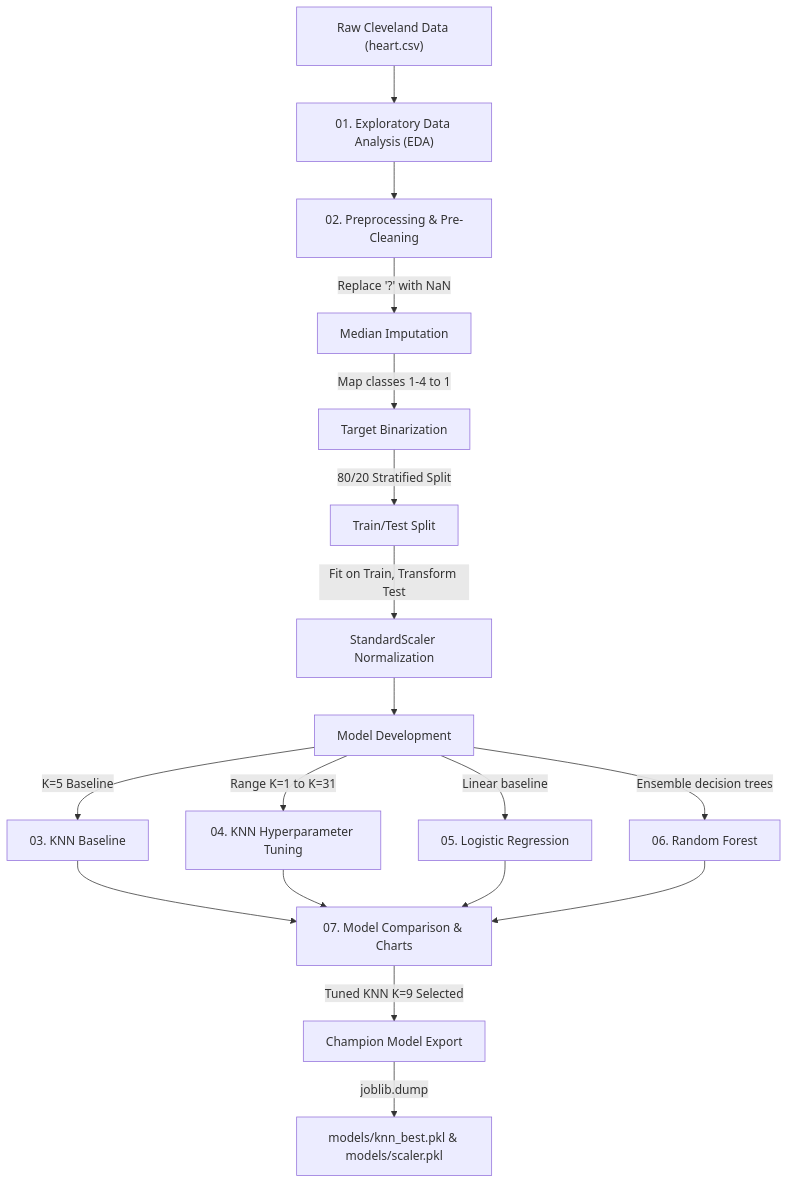
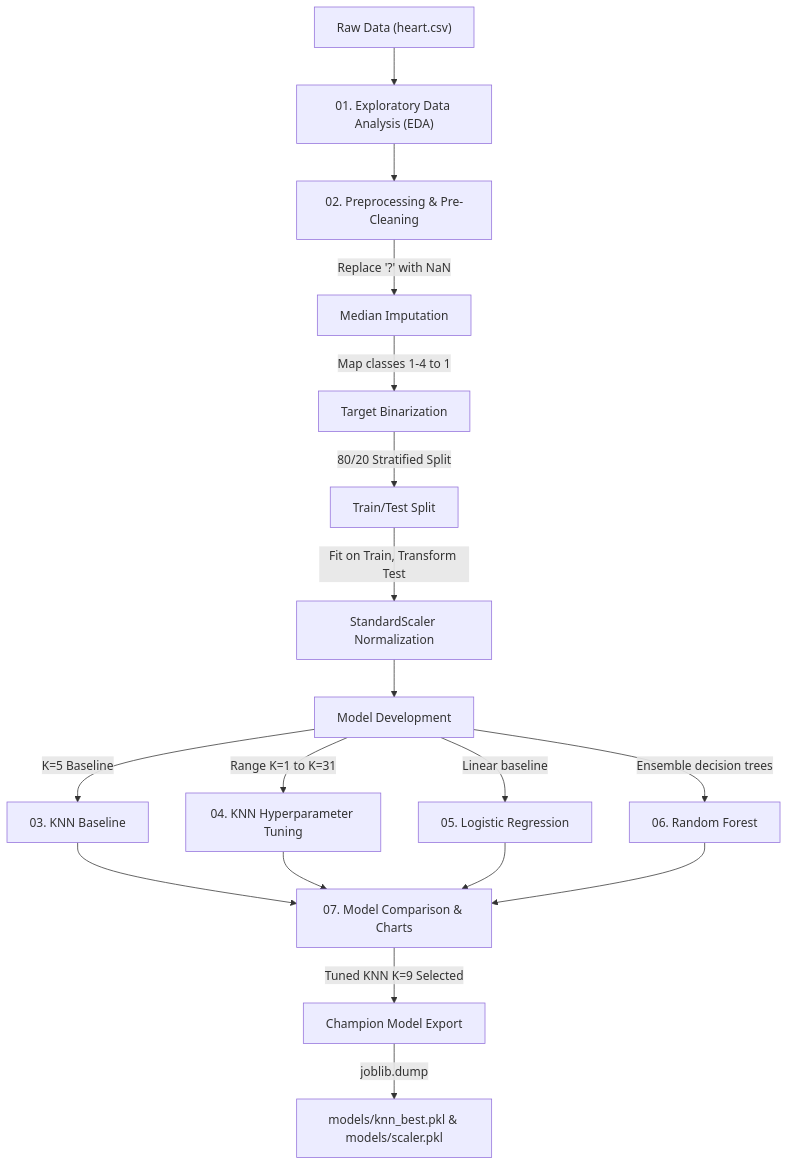
Before and after one commit to Shrimun/Predicting-Heart-Disease-with-K-Nearest-Neighbors: the diagram in README.md, drawn with Mermaid.

Commit message:
Update raw data reference in workflow diagram

````diff
--- a/README.md
+++ b/README.md
@@ -16,17 +16,17 @@
 ```mermaid
 graph TD
-    A["Raw Cleveland Data (heart.csv)"] --> B["01. Exploratory Data Analysis (EDA)"]
+    A["Raw Data (heart.csv)"] --> B["01. Exploratory Data Analysis (EDA)"]
     B --> C["02. Preprocessing & Pre-Cleaning"]
     C -->|Replace '?' with NaN | D["Median Imputation"]
     D -->|Map classes 1-4 to 1| E["Target Binarization"]
     E -->|80/20 Stratified Split| F["Train/Test Split"]
     F -->|Fit on Train, Transform Test| G["StandardScaler Normalization"]
     G --> H["Model Development"]
     H -->|K=5 Baseline| I["03. KNN Baseline"]
     H -->|Range K=1 to K=31| J["04. KNN Hyperparameter Tuning"]
     H -->|Linear baseline| K["05. Logistic Regression"]
     H -->|Ensemble decision trees| L["06. Random Forest"]
     I & J & K & L --> M["07. Model Comparison & Charts"]
     M -->|Tuned KNN K=9 Selected| N["Champion Model Export"]
     N -->|joblib.dump| O["models/knn_best.pkl & models/scaler.pkl"]
 ```
````
